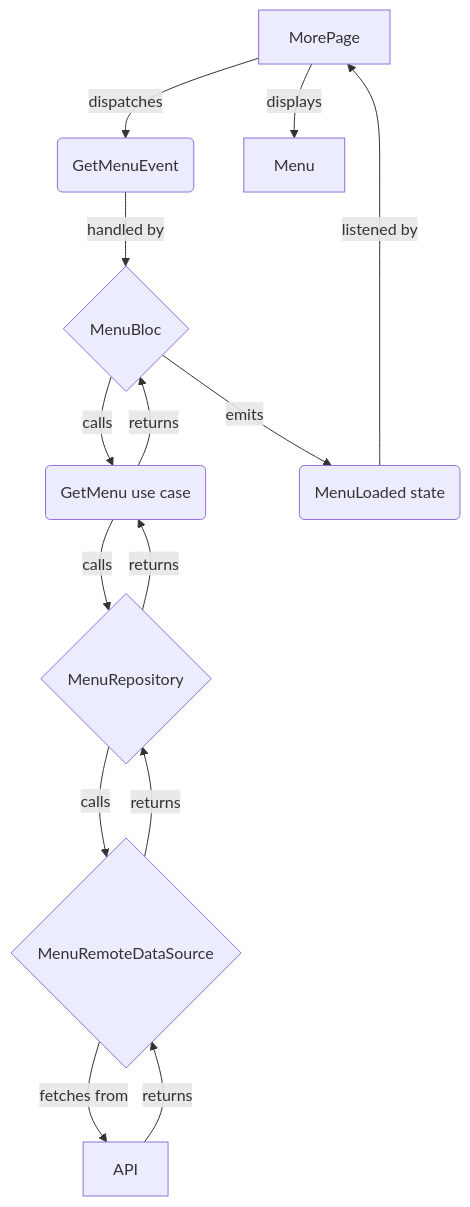
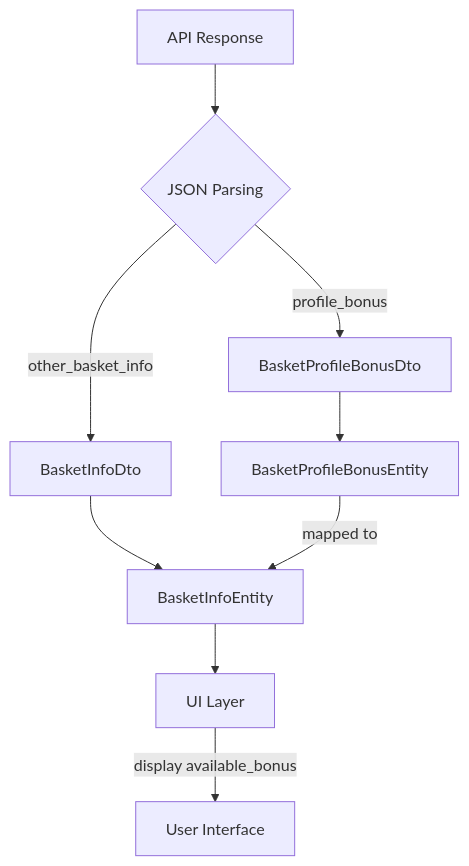
One commit to neo321654/app changed the diagram in MODIFICATION_DESIGN.md. Above: the diagram before and after it, drawn with Mermaid. The commit also changed other lines of this file and 26 other files, not shown here.

Commit message:
feat(basket): Integrate profile bonus DTO into basket info

````diff
--- a/MODIFICATION_DESIGN.md
+++ b/MODIFICATION_DESIGN.md
@@ -65,16 +45,11 @@
 ```mermaid
 graph TD
-    A[MorePage] -- dispatches --> B(GetMenuEvent)
-    B -- handled by --> C{MenuBloc}
-    C -- calls --> D(GetMenu use case)
-    D -- calls --> E{MenuRepository}
-    E -- calls --> F{MenuRemoteDataSource}
-    F -- fetches from --> G[API]
-    G -- returns --> F
-    F -- returns --> E
-    E -- returns --> D
-    D -- returns --> C
-    C -- emits --> H(MenuLoaded state)
-    H -- listened by --> A
-    A -- displays --> I[Menu]
+    A[API Response] --> B{JSON Parsing};
+    B -- "profile_bonus" --> C[BasketProfileBonusDto];
+    B -- "other_basket_info" --> D[BasketInfoDto];
+    C --> E[BasketProfileBonusEntity];
+    D --> F[BasketInfoEntity];
+    E -- "mapped to" --> F;
+    F --> G[UI Layer];
+    G -- "display available_bonus" --> H[User Interface];
 ```
````
